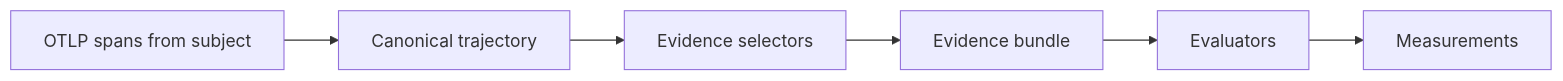
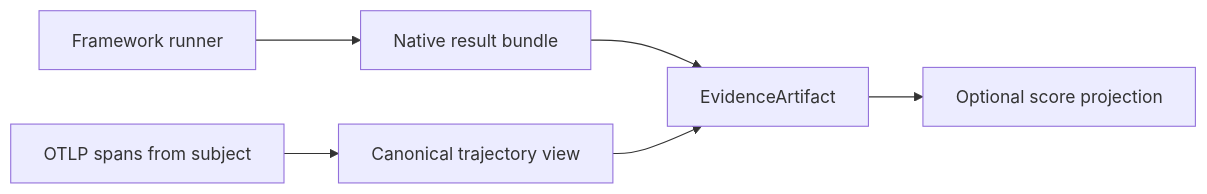
The first of 3 diagrams in en/evaluation/concepts/evidence-and-trajectories.md (softprobe/document-website), drawn with Mermaid before and after one commit. The commit also changed other lines of this file and 57 other files, not shown here.

````diff
--- a/en/evaluation/concepts/evidence-and-trajectories.md
+++ b/en/evaluation/concepts/evidence-and-trajectories.md
@@ -11,10 +13,13 @@
 ```mermaid
 flowchart LR
   OTLP[OTLP spans from subject]
-  Canon[Canonical trajectory]
-  Sel[Evidence selectors]
-  Bund[Evidence bundle]
-  Eval[Evaluators]
-  Meas[Measurements]
-  OTLP --> Canon --> Sel --> Bund --> Eval --> Meas
+  Canon[Canonical trajectory view]
+  Runner[Framework runner]
+  Native[Native result bundle]
+  Ev[EvidenceArtifact]
+  Proj[Optional score projection]
+  OTLP --> Canon
+  Runner --> Native --> Ev
+  Canon --> Ev
+  Ev --> Proj
 ```
````
